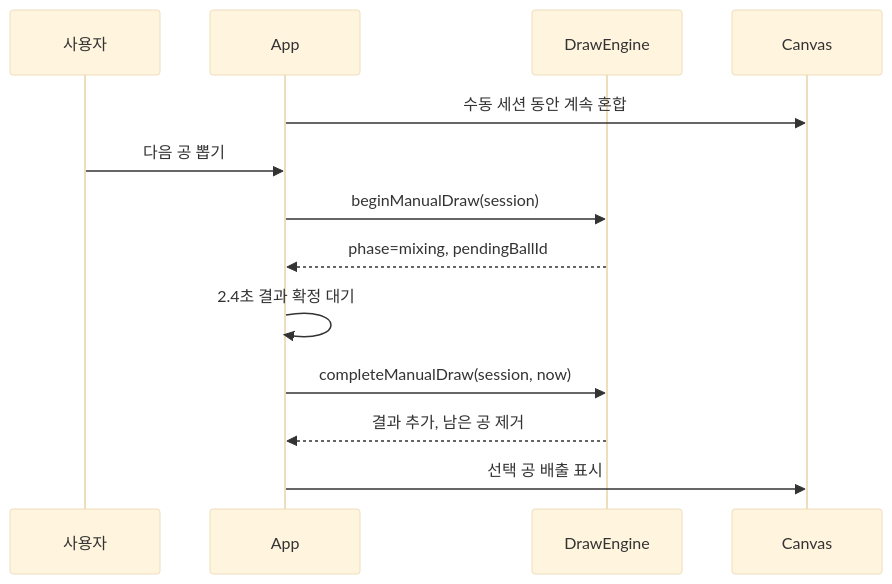
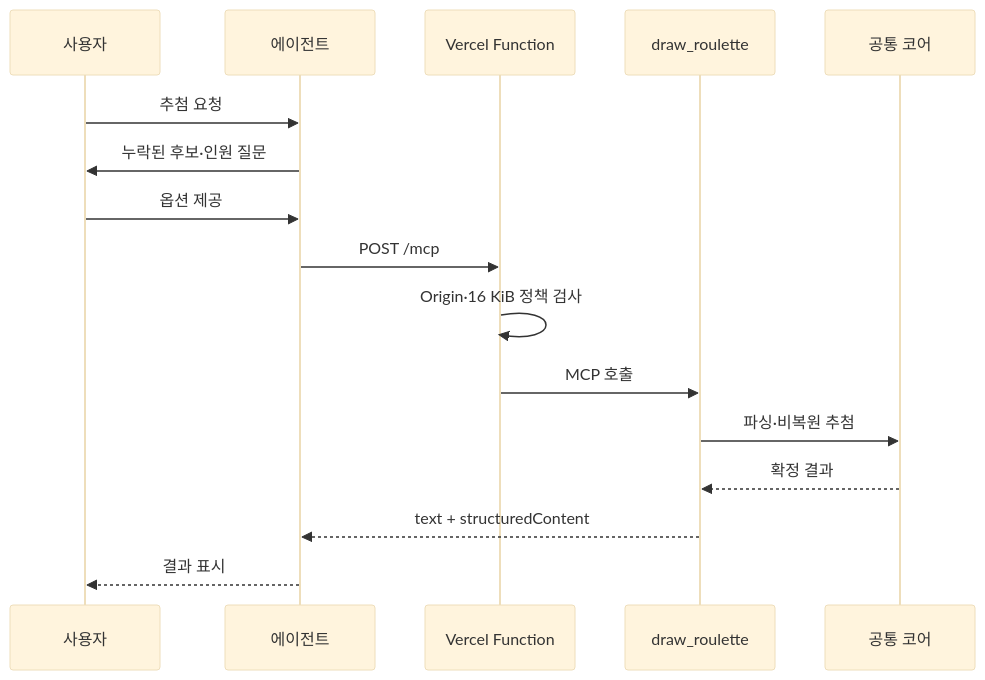
Before and after one commit to tinywolf/roulette: the second of 2 diagrams in docs/architecture.md, drawn with Mermaid (base theme). The commit also changed other lines of this file and 77 other files, not shown here.

````diff
--- a/docs/architecture.md
+++ b/docs/architecture.md
@@ -120,16 +104,19 @@
 ```mermaid
 sequenceDiagram
     participant U as 사용자
-    participant A as App
-    participant E as DrawEngine
-    participant C as Canvas
+    participant A as 에이전트
+    participant F as Vercel Function
+    participant M as draw_roulette
+    participant C as 공통 코어
 
-    A->>C: 수동 세션 동안 계속 혼합
-    U->>A: 다음 공 뽑기
-    A->>E: beginManualDraw(session)
-    E-->>A: phase=mixing, pendingBallId
-    A->>A: 2.4초 결과 확정 대기
-    A->>E: completeManualDraw(session, now)
-    E-->>A: 결과 추가, 남은 공 제거
-    A->>C: 선택 공 배출 표시
+    U->>A: 추첨 요청
+    A->>U: 누락된 후보·인원 질문
+    U->>A: 옵션 제공
+    A->>F: POST /mcp
+    F->>F: Origin·16 KiB 정책 검사
+    F->>M: MCP 호출
+    M->>C: 파싱·비복원 추첨
+    C-->>M: 확정 결과
+    M-->>A: text + structuredContent
+    A-->>U: 결과 표시
 ```
````
